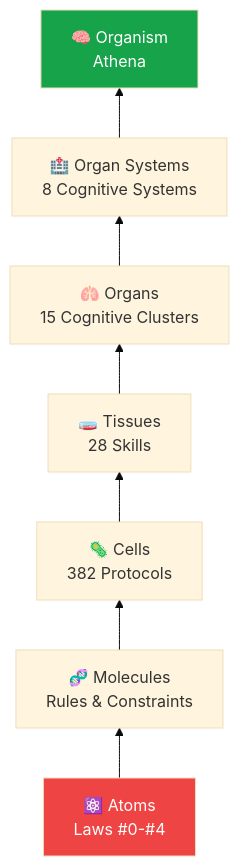
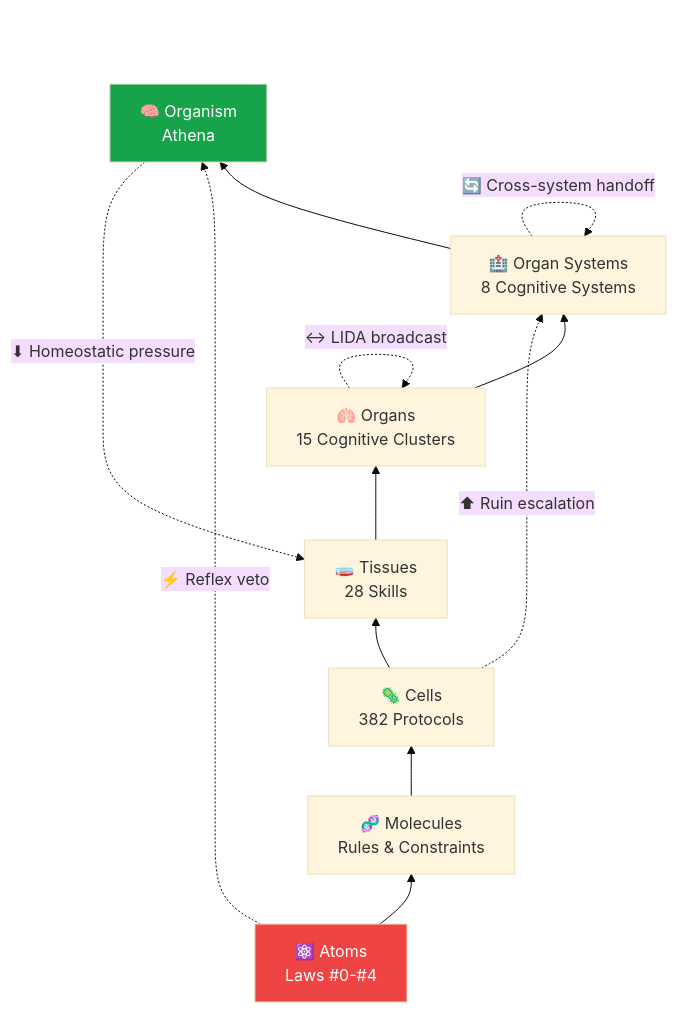
Before and after one commit to agent-memory-atlas-archive/winstonkoh87--Athena-Public: the second of 9 diagrams in docs/ARCHITECTURE.md, drawn with Mermaid (base theme). The commit also changed other lines of this file and 1 other file, not shown here.

First line of the commit message:
refactor(arch): replace linear ladder with non-linear mesh topology

````diff
--- a/docs/ARCHITECTURE.md
+++ b/docs/ARCHITECTURE.md
@@ -181,12 +184,19 @@
 ```mermaid
 graph BT
     L1["⚛️ Atoms<br/>Laws #0-#4"] --> L2["🧬 Molecules<br/>Rules & Constraints"]
     L2 --> L3["🦠 Cells<br/>382 Protocols"]
     L3 --> L4["🧫 Tissues<br/>28 Skills"]
     L4 --> L5["🫁 Organs<br/>15 Cognitive Clusters"]
     L5 --> L6["🏥 Organ Systems<br/>8 Cognitive Systems"]
     L6 --> L7["🧠 Organism<br/>Athena"]
 
+    %% Non-linear connections (the mesh)
+    L1 -.->|"⚡ Reflex veto"| L7
+    L5 -.->|"↔ LIDA broadcast"| L5
+    L6 -.->|"🔄 Cross-system handoff"| L6
+    L7 -.->|"⬇ Homeostatic pressure"| L4
+    L3 -.->|"⬆ Ruin escalation"| L6
+
     style L1 fill:#ef4444,color:#fff
     style L7 fill:#16a34a,color:#fff
 ```
````
